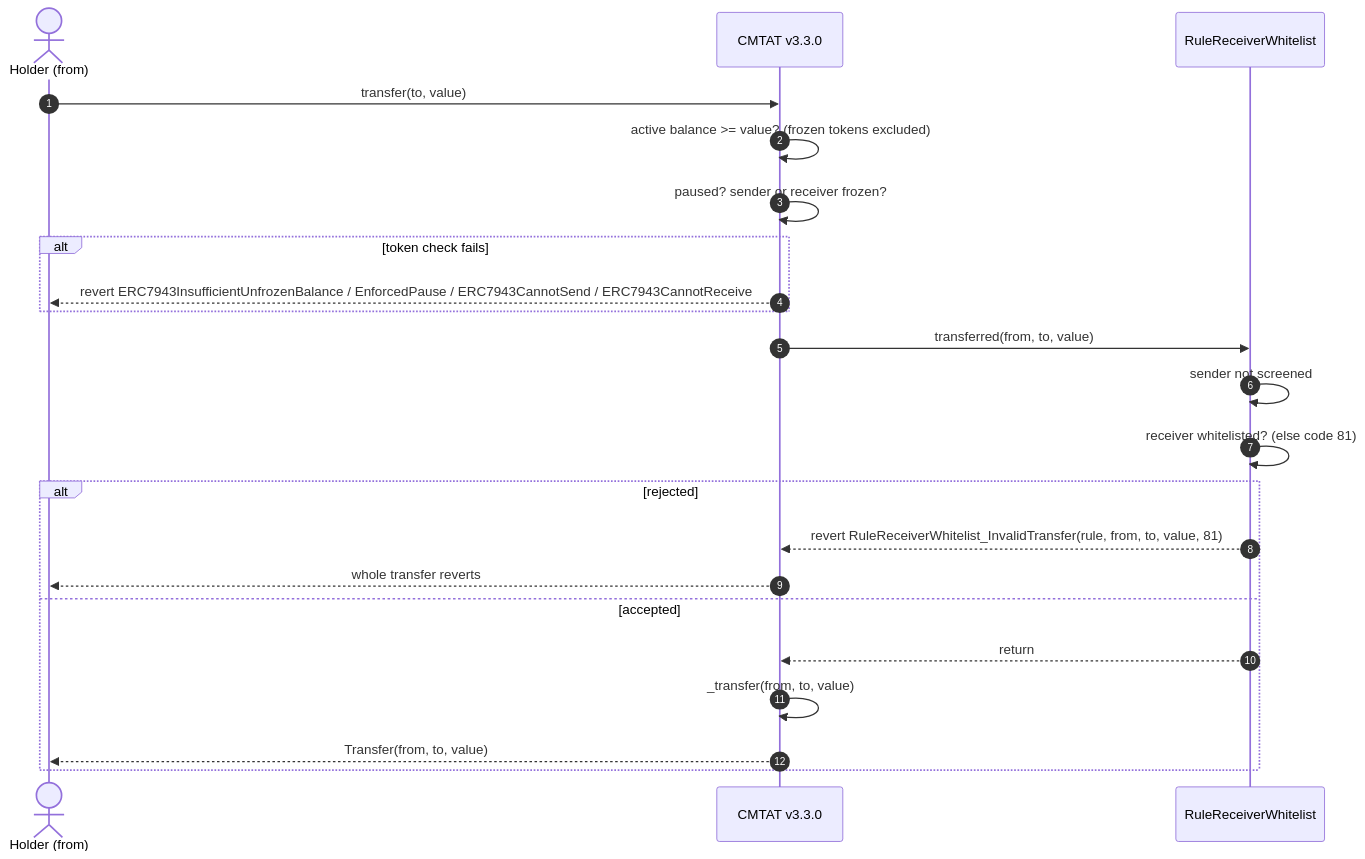
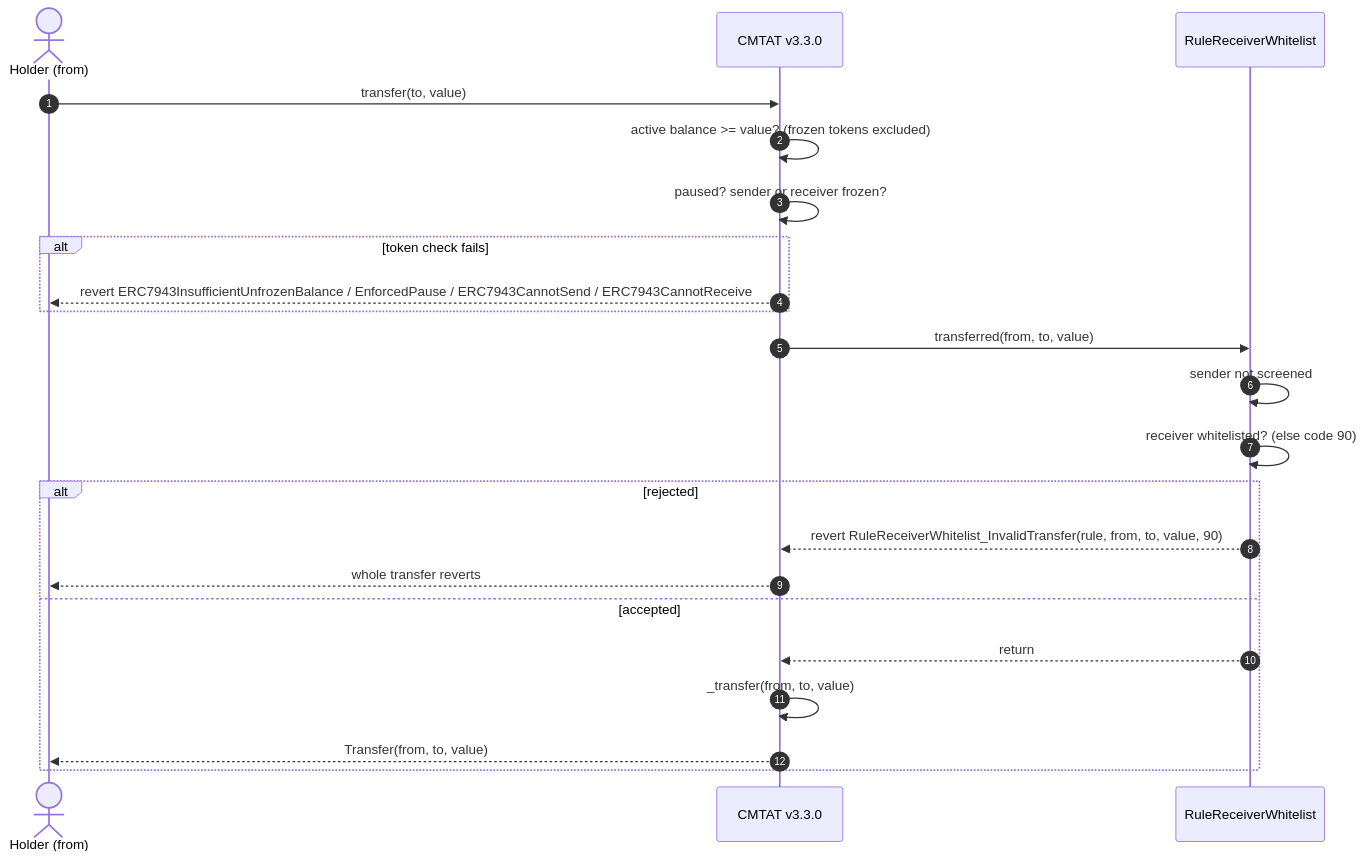
The eighth of 11 diagrams in doc/technical/guides/DEPLOY_RULE_RECEIVER_WHITELIST_CMTAT_V3.3.0.md (CMTA/Rules), drawn with Mermaid before and after one commit. The commit also changed other lines of this file and 280 other files, not shown here.

Commit message:
refactor: renumber RuleReceiverWhitelist (81 → 90) and RuleMaxBalance (82/83 → 80/81) so each rule keeps reserved restriction codes

````diff
--- a/doc/technical/guides/DEPLOY_RULE_RECEIVER_WHITELIST_CMTAT_V3.3.0.md
+++ b/doc/technical/guides/DEPLOY_RULE_RECEIVER_WHITELIST_CMTAT_V3.3.0.md
@@ -304,25 +304,25 @@
 ```mermaid
 sequenceDiagram
     autonumber
     actor Holder as Holder (from)
     participant Token as CMTAT v3.3.0
     participant Rule as RuleReceiverWhitelist
 
     Holder->>Token: transfer(to, value)
     Token->>Token: active balance >= value? (frozen tokens excluded)
     Token->>Token: paused? sender or receiver frozen?
     alt token check fails
         Token-->>Holder: revert ERC7943InsufficientUnfrozenBalance / EnforcedPause / ERC7943CannotSend / ERC7943CannotReceive
     end
     Token->>Rule: transferred(from, to, value)
     Rule->>Rule: sender not screened
-    Rule->>Rule: receiver whitelisted? (else code 81)
+    Rule->>Rule: receiver whitelisted? (else code 90)
     alt rejected
-        Rule-->>Token: revert RuleReceiverWhitelist_InvalidTransfer(rule, from, to, value, 81)
+        Rule-->>Token: revert RuleReceiverWhitelist_InvalidTransfer(rule, from, to, value, 90)
         Token-->>Holder: whole transfer reverts
     else accepted
         Rule-->>Token: return
         Token->>Token: _transfer(from, to, value)
         Token-->>Holder: Transfer(from, to, value)
     end
 ```
````
